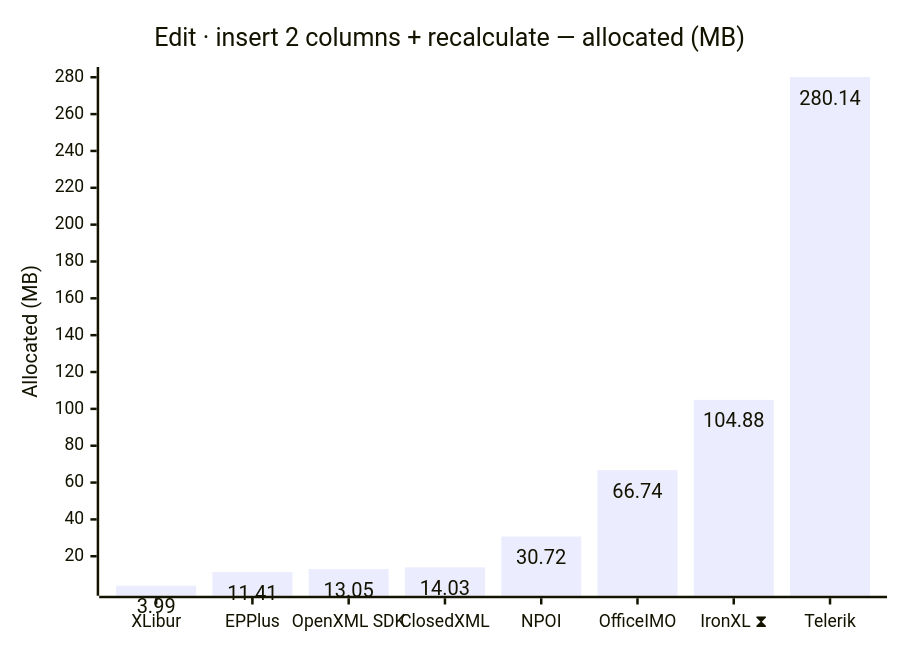
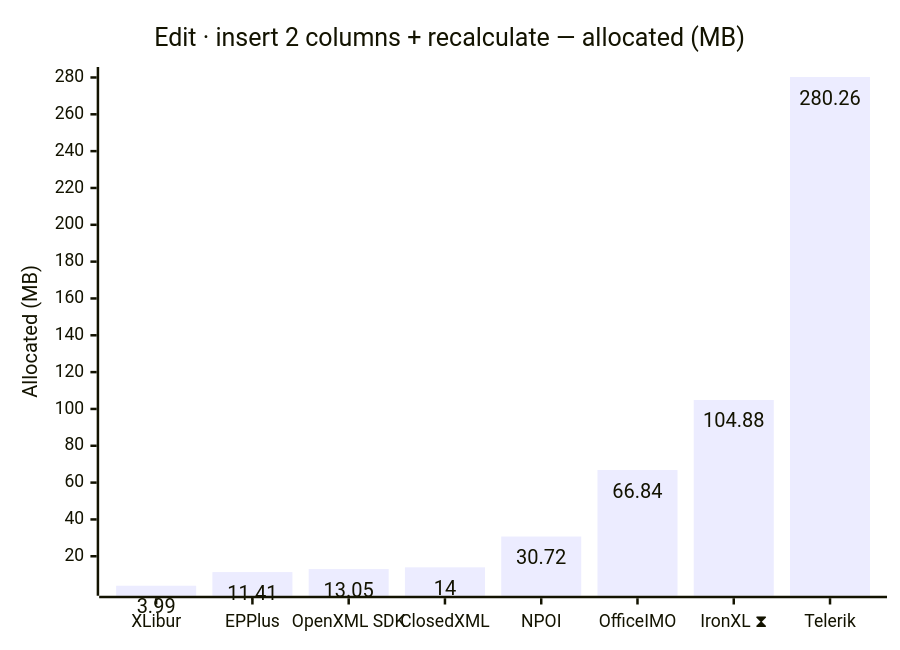
One commit to jafin/XLBench changed diagram 12 of 12 in docs/results.md. Above: the diagram before and after it, drawn with Mermaid. The commit also changed other lines of this file and 5 other files, not shown here.

````diff
--- a/docs/results.md
+++ b/docs/results.md
@@ -185,12 +185,12 @@
 ```mermaid
 ---
 config:
   xyChart:
     showDataLabel: true
 ---
 xychart-beta
     title "Edit · insert 2 columns + recalculate — allocated (MB)"
     x-axis ["XLibur", "EPPlus", "OpenXML SDK", "ClosedXML", "NPOI", "OfficeIMO", "IronXL ⧗", "Telerik"]
     y-axis "Allocated (MB)"
-    bar [3.99, 11.41, 13.05, 14.03, 30.72, 66.74, 104.88, 280.14]
+    bar [3.99, 11.41, 13.05, 14, 30.72, 66.84, 104.88, 280.26]
 ```
````
